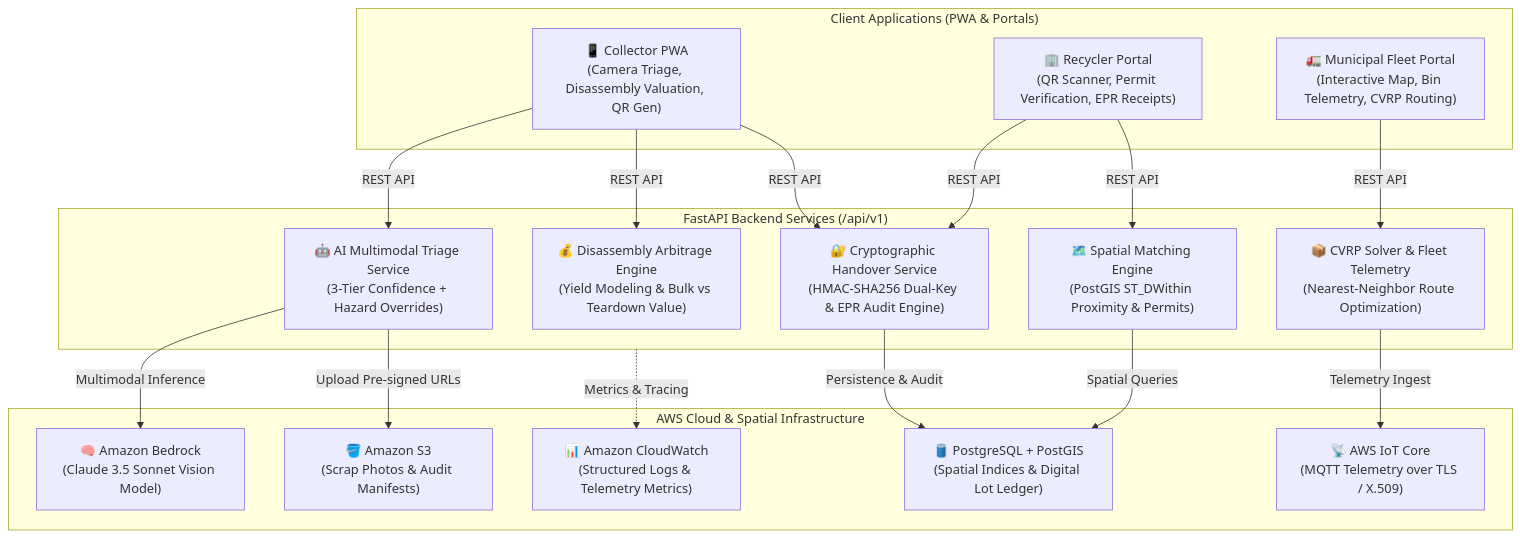
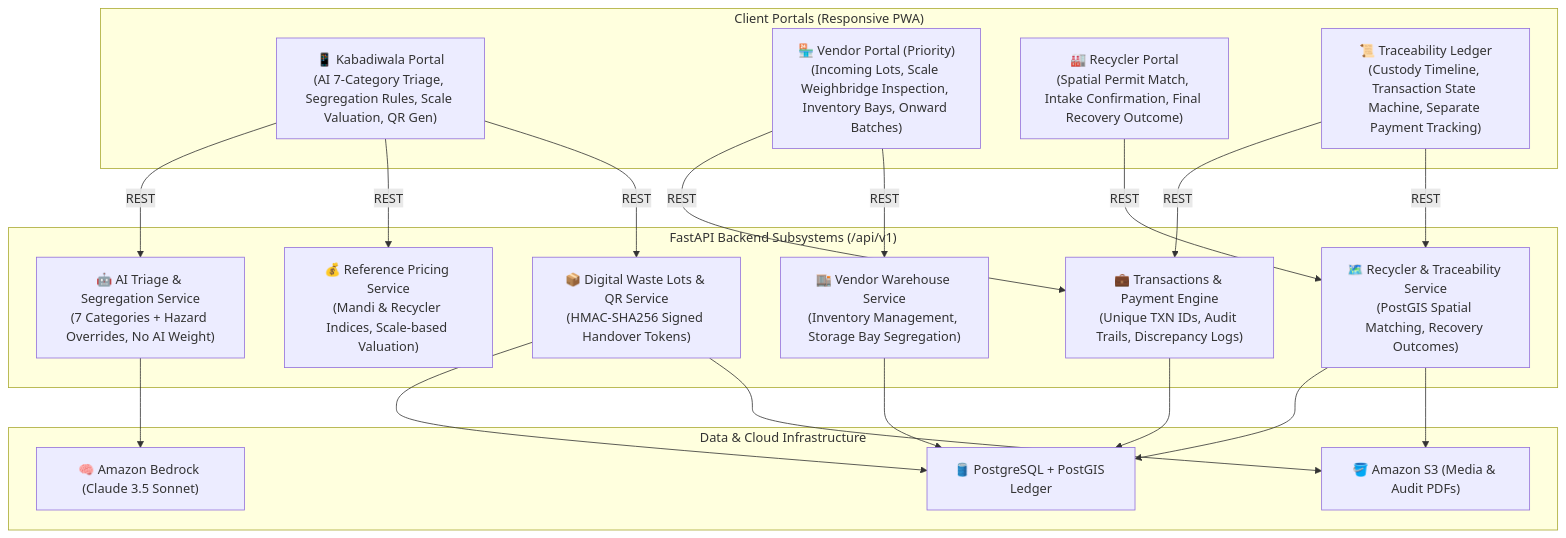
Before and after one commit to ravishkansal22/Scrape-saathi: the diagram in README.md, drawn with Mermaid. The commit also changed other lines of this file and 38 other files, not shown here.

Commit message:
refactor: complete ScrapSetu platform refactoring with 7-category triage, physical scale valuation, vendor warehouse inventory, transactions & payment ledger, and end-to-end recycler traceability

````diff
--- a/README.md
+++ b/README.md
@@ -19,38 +16,33 @@
 ```mermaid
 graph TB
-    subgraph Client_Applications ["Client Applications (PWA & Portals)"]
-        A1["📱 Collector PWA<br/>(Camera Triage, Disassembly Valuation, QR Gen)"]
-        A2["🏢 Recycler Portal<br/>(QR Scanner, Permit Verification, EPR Receipts)"]
-        A3["🚛 Municipal Fleet Portal<br/>(Interactive Map, Bin Telemetry, CVRP Routing)"]
+    subgraph Portals ["Client Portals (Responsive PWA)"]
+        P1["📱 Kabadiwala Portal<br/>(AI 7-Category Triage, Segregation Rules, Scale Valuation, QR Gen)"]
+        P2["🏪 Vendor Portal (Priority)<br/>(Incoming Lots, Scale Weighbridge Inspection, Inventory Bays, Onward Batches)"]
+        P3["🏭 Recycler Portal<br/>(Spatial Permit Match, Intake Confirmation, Final Recovery Outcome)"]
+        P4["📜 Traceability Ledger<br/>(Custody Timeline, Transaction State Machine, Separate Payment Tracking)"]
     end
 
-    subgraph Backend_Services ["FastAPI Backend Services (/api/v1)"]
-        B1["🤖 AI Multimodal Triage Service<br/>(3-Tier Confidence + Hazard Overrides)"]
-        B2["💰 Disassembly Arbitrage Engine<br/>(Yield Modeling & Bulk vs Teardown Value)"]
-        B3["🔐 Cryptographic Handover Service<br/>(HMAC-SHA256 Dual-Key & EPR Audit Engine)"]
-        B4["🗺️ Spatial Matching Engine<br/>(PostGIS ST_DWithin Proximity & Permits)"]
-        B5["📦 CVRP Solver & Fleet Telemetry<br/>(Nearest-Neighbor Route Optimization)"]
+    subgraph Backend ["FastAPI Backend Subsystems (/api/v1)"]
+        S1["🤖 AI Triage & Segregation Service<br/>(7 Categories + Hazard Overrides, No AI Weight)"]
+        S2["💰 Reference Pricing Service<br/>(Mandi & Recycler Indices, Scale-based Valuation)"]
+        S3["📦 Digital Waste Lots & QR Service<br/>(HMAC-SHA256 Signed Handover Tokens)"]
+        S4["💼 Transactions & Payment Engine<br/>(Unique TXN IDs, Audit Trails, Discrepancy Logs)"]
+        S5["🏬 Vendor Warehouse Service<br/>(Inventory Management, Storage Bay Segregation)"]
+        S6["🗺️ Recycler & Traceability Service<br/>(PostGIS Spatial Matching, Recovery Outcomes)"]
     end
 
-    subgraph AWS_Cloud_Services ["AWS Cloud & Spatial Infrastructure"]
-        C1["🧠 Amazon Bedrock<br/>(Claude 3.5 Sonnet Vision Model)"]
-        C2["🛢️ PostgreSQL + PostGIS<br/>(Spatial Indices & Digital Lot Ledger)"]
-        C3["📡 AWS IoT Core<br/>(MQTT Telemetry over TLS / X.509)"]
-        C4["🪣 Amazon S3<br/>(Scrap Photos & Audit Manifests)"]
-        C5["📊 Amazon CloudWatch<br/>(Structured Logs & Telemetry Metrics)"]
+    subgraph Infrastructure ["Data & Cloud Infrastructure"]
+        DB["🛢️ PostgreSQL + PostGIS Ledger"]
+        AI["🧠 Amazon Bedrock (Claude 3.5 Sonnet)"]
+        S3Storage["🪣 Amazon S3 (Media & Audit PDFs)"]
     end
 
-    A1 -->|REST API| B1
-    A1 -->|REST API| B2
-    A1 -->|REST API| B3
-    A2 -->|REST API| B3
-    A2 -->|REST API| B4
-    A3 -->|REST API| B5
+    P1 -->|REST| S1 & S2 & S3
+    P2 -->|REST| S4 & S5
+    P3 -->|REST| S6
+    P4 -->|REST| S4 & S6
 
-    B1 -->|Multimodal Inference| C1
-    B3 -->|Persistence & Audit| C2
-    B4 -->|Spatial Queries| C2
-    B5 -->|Telemetry Ingest| C3
-    B1 -->|Upload Pre-signed URLs| C4
-    Backend_Services -.->|Metrics & Tracing| C5
+    S1 --> AI
+    S3 & S4 & S5 & S6 --> DB
+    S3 & S6 --> S3Storage
 ```
````
